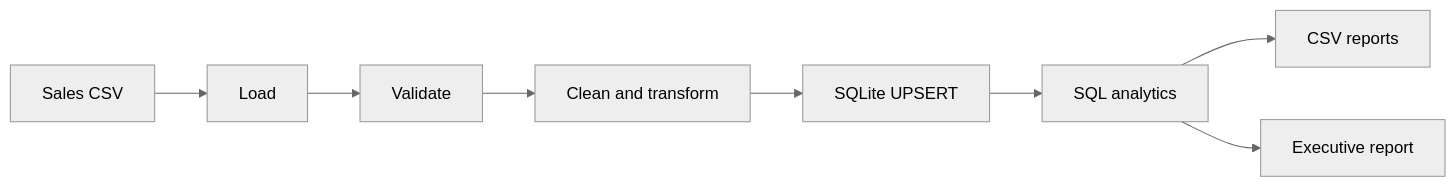
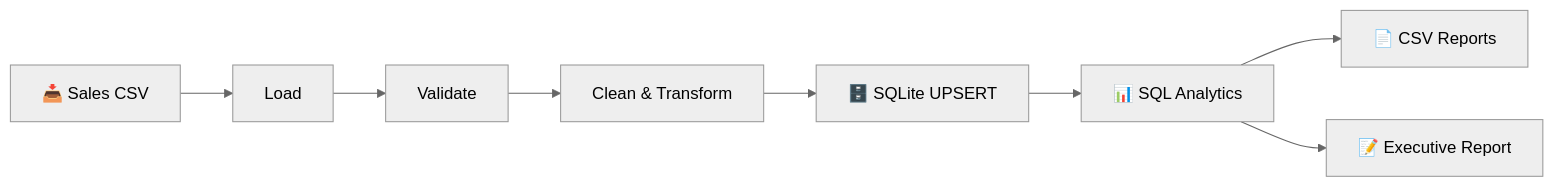
One commit to Hammad-Borz/Automation-Service-Projects changed the diagram in DataOps-Automator/README.md. Above: the diagram before and after it, drawn with Mermaid (neutral theme). The commit also changed other lines of this file, not shown here.

````diff
--- a/DataOps-Automator/README.md
+++ b/DataOps-Automator/README.md
@@ -30,10 +67,10 @@
 ```mermaid
 flowchart LR
-    A[Sales CSV] --> B[Load]
+    A[📥 Sales CSV] --> B[Load]
     B --> C[Validate]
-    C --> D[Clean and transform]
-    D --> E[SQLite UPSERT]
-    E --> F[SQL analytics]
-    F --> G[CSV reports]
-    F --> H[Executive report]
+    C --> D[Clean & Transform]
+    D --> E[🗄️ SQLite UPSERT]
+    E --> F[📊 SQL Analytics]
+    F --> G[📄 CSV Reports]
+    F --> H[📝 Executive Report]
 ```
````
